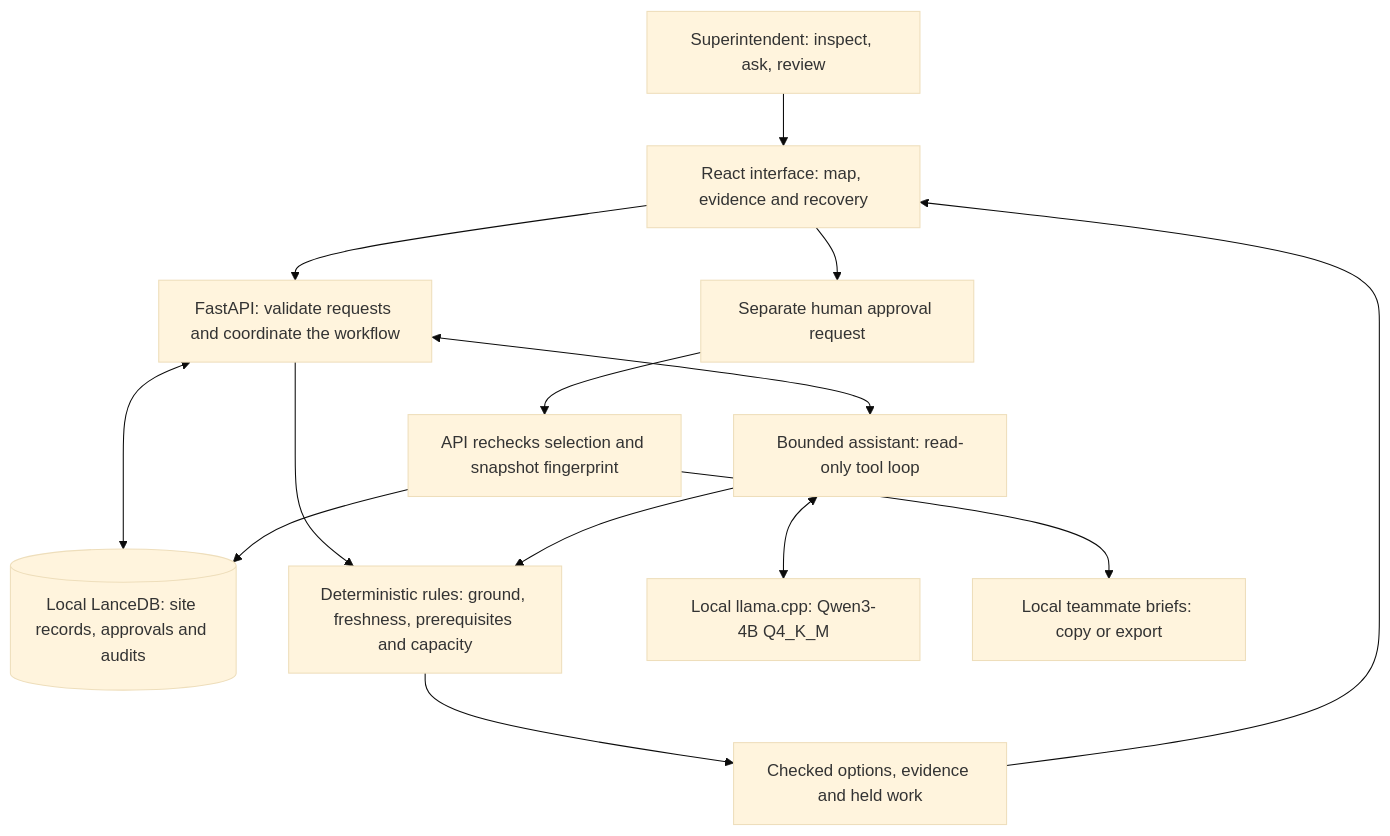
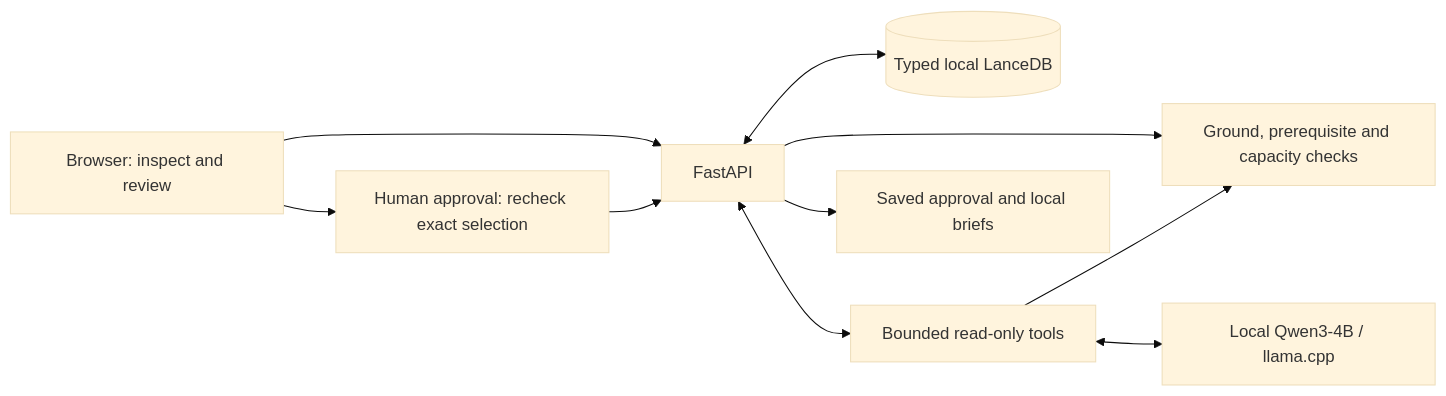
The diagram in README.md (itikku/terraready), drawn with Mermaid (base theme) before and after one commit. The commit also changed other lines of this file and 7 other files, not shown here.

````diff
--- a/README.md
+++ b/README.md
@@ -36,16 +26,12 @@
 ```mermaid
-flowchart TD
-    Person["Superintendent: inspect, ask, review"] --> UI["React interface: map, evidence and recovery"]
-    UI --> API["FastAPI: validate requests and coordinate the workflow"]
-    API <--> DB[("Local LanceDB: site records, approvals and audits")]
-    API --> Rules["Deterministic rules: ground, freshness, prerequisites and capacity"]
-    API <--> Agent["Bounded assistant: read-only tool loop"]
-    Agent <--> Model["Local llama.cpp: Qwen3-4B Q4_K_M"]
+flowchart LR
+    UI[Browser: inspect and review] --> API[FastAPI]
+    API <--> DB[(Typed local LanceDB)]
+    API --> Rules[Ground, prerequisite and capacity checks]
+    API <--> Agent[Bounded read-only tools]
+    Agent <--> Model[Local Qwen3-4B / llama.cpp]
     Agent --> Rules
-    Rules --> Review["Checked options, evidence and held work"]
-    Review --> UI
-    UI --> Approval["Separate human approval request"]
-    Approval --> Recheck["API rechecks selection and snapshot fingerprint"]
-    Recheck --> DB
-    Recheck --> Briefs["Local teammate briefs: copy or export"]
+    UI --> Approval[Human approval: recheck exact selection]
+    Approval --> API
+    API --> Brief[Saved approval and local briefs]
 ```
````
